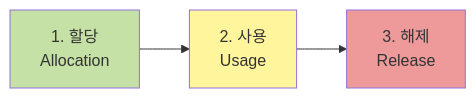
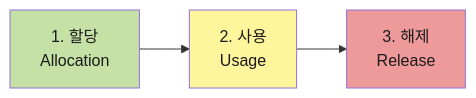
One commit to Cllaude99/cllaude99_labs changed the second of 7 diagrams in apps/devblog/content/posts/garbage-collection.mdx. Above: the diagram before and after it, drawn with Mermaid. The commit also changed other lines of this file, not shown here.

````diff
--- a/apps/devblog/content/posts/garbage-collection.mdx
+++ b/apps/devblog/content/posts/garbage-collection.mdx
@@ -125,9 +125,9 @@
 ```mermaid
 graph LR
     A[1. 할당<br/>Allocation] --> B[2. 사용<br/>Usage]
     B --> C[3. 해제<br/>Release]
 
-    style A fill:#c5e1a5
-    style B fill:#fff59d
-    style C fill:#ef9a9a
+    style A fill:#c5e1a5,color:#1a1a1a
+    style B fill:#fff59d,color:#1a1a1a
+    style C fill:#ef9a9a,color:#1a1a1a
 ```
````
